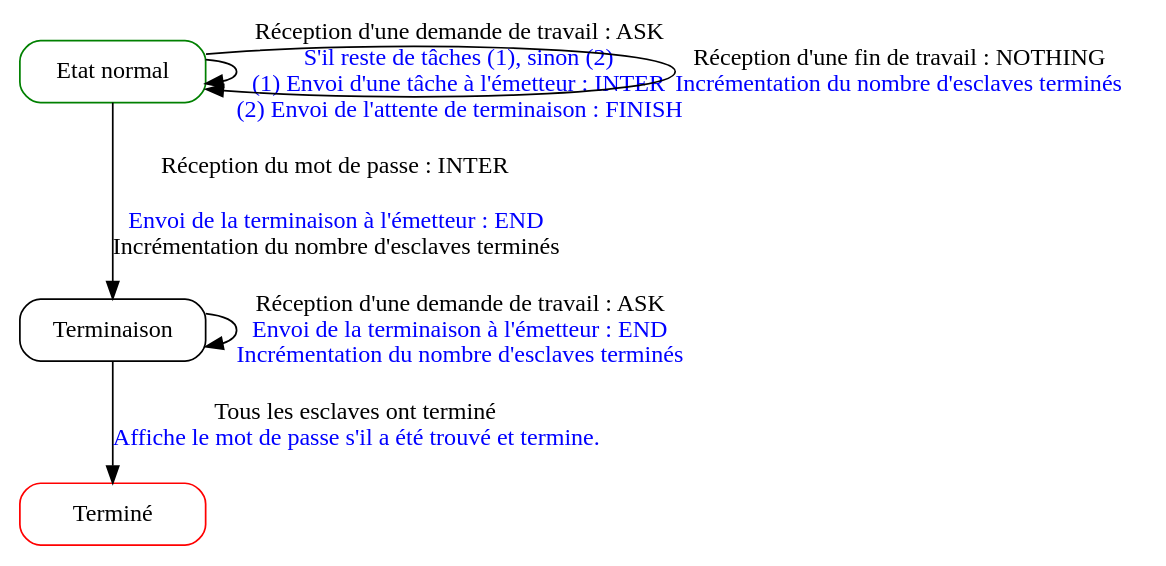
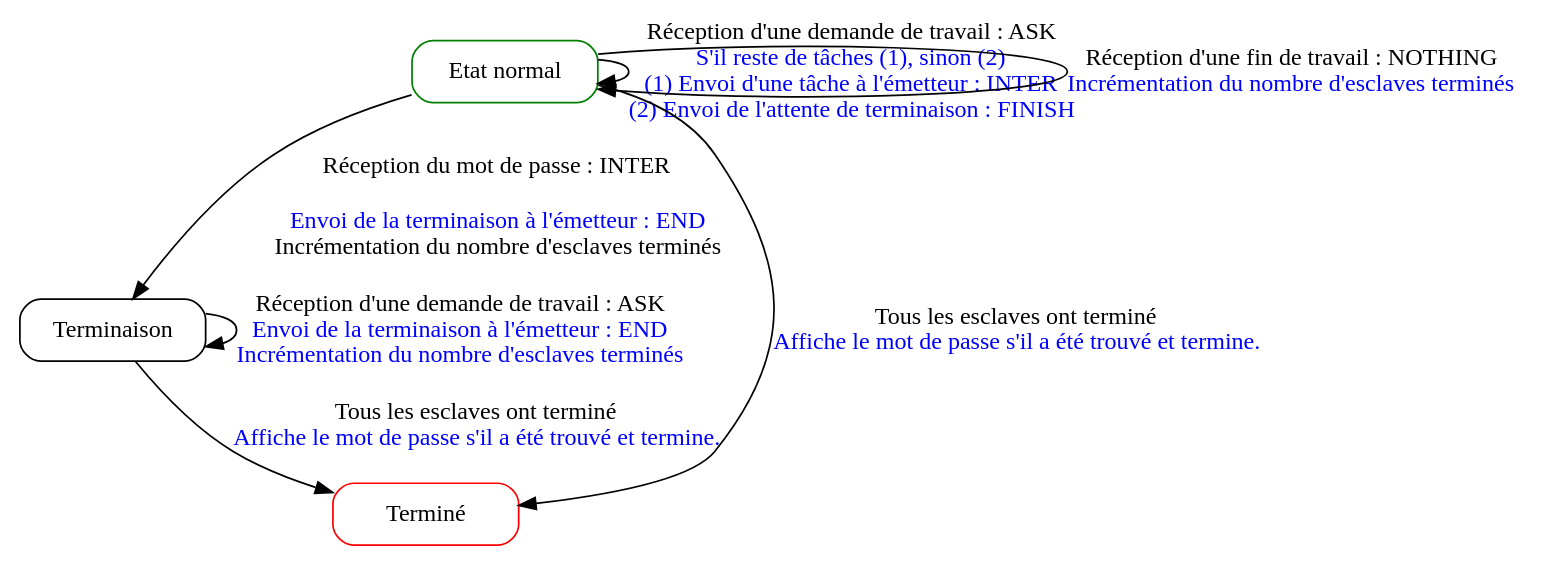
The diagram in rapport/img/automat-master.dot (aurelienfalco/pg305), drawn with Graphviz before and after one commit.

Commit message:
Nouvel automate, moins lisible, mais plus juste

```diff
--- a/rapport/img/automat-master.dot
+++ b/rapport/img/automat-master.dot
@@ -1,47 +1,50 @@
 digraph coherence {
 
 graph [fontname = "times"];
 node [fontname = "times"];
 edge [fontname = "times"];
 
     node
         [shape=Mrecord width=1.5];
 
     subgraph process_automaton {
 
         label="Process";
 
         //
         // States (Nodes)
         //
 
         "Process::Normal"
             [root="true" color="green" label="{Etat normal}"];
 
         "Process::Terminaison"
             [label="{Terminaison}"];
 
         "Process::Terminé"
             [color="red" label="{Terminé}"];
 
         //
         // Transitions (Edges)
         //
 
         "Process::Normal" -> "Process::Normal"
             [label=<Réception d'une demande de travail : ASK<BR/><FONT color="blue">S'il reste de tâches (1), sinon (2)<BR/>(1) Envoi d'une tâche à l'émetteur : INTER<BR/>(2) Envoi de l'attente de terminaison : FINISH</FONT>>];
 
 	 "Process::Normal" -> "Process::Normal"
             [label=<Réception d'une fin de travail : NOTHING<BR/><FONT color="blue">Incrémentation du nombre d'esclaves terminés</FONT>>];
 	    
         "Process::Normal" -> "Process::Terminaison"
             [label=<Réception du mot de passe : INTER<BR/><FONT color="blue"><BR/>Envoi de la terminaison à l'émetteur : END</FONT><BR/>Incrémentation du nombre d'esclaves terminés>];
 
         "Process::Terminaison" -> "Process::Terminaison"
             [label=<Réception d'une demande de travail : ASK<BR/><FONT color="blue">Envoi de la terminaison à l'émetteur : END<BR/>Incrémentation du nombre d'esclaves terminés</FONT>>];
 	    
         "Process::Terminaison" -> "Process::Terminé"
             [label=<Tous les esclaves ont terminé<BR/><FONT color="blue">Affiche le mot de passe s'il a été trouvé et termine.</FONT>>];    
+
+	 "Process::Normal" -> "Process::Terminé"
+            [label=<Tous les esclaves ont terminé<BR/><FONT color="blue">Affiche le mot de passe s'il a été trouvé et termine.</FONT>>];    
     }
 
 }
```
